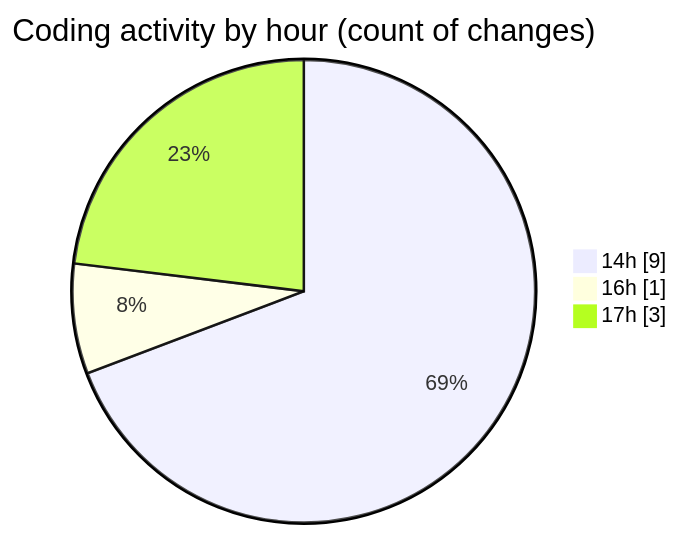
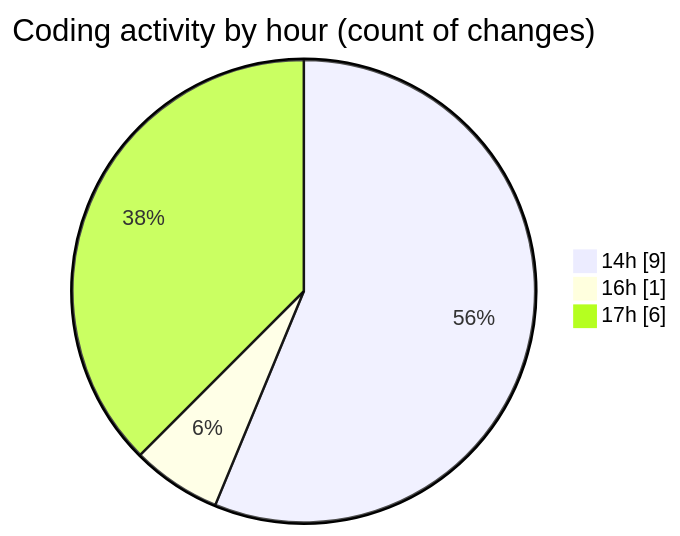
The second of 2 diagrams in 2026-01-04/nxtqube_webapp/README.md (nxtqubesakshisongat/code-tracking), drawn with Mermaid before and after one commit. The commit also changed other lines of this file and 1 other file, not shown here.

````diff
--- a/2026-01-04/nxtqube_webapp/README.md
+++ b/2026-01-04/nxtqube_webapp/README.md
@@ -31,7 +31,7 @@
 ```mermaid
 pie showData
 title Coding activity by hour (count of changes)
 "14h" : 9
 "16h" : 1
-"17h" : 3
+"17h" : 6
 ```
````
